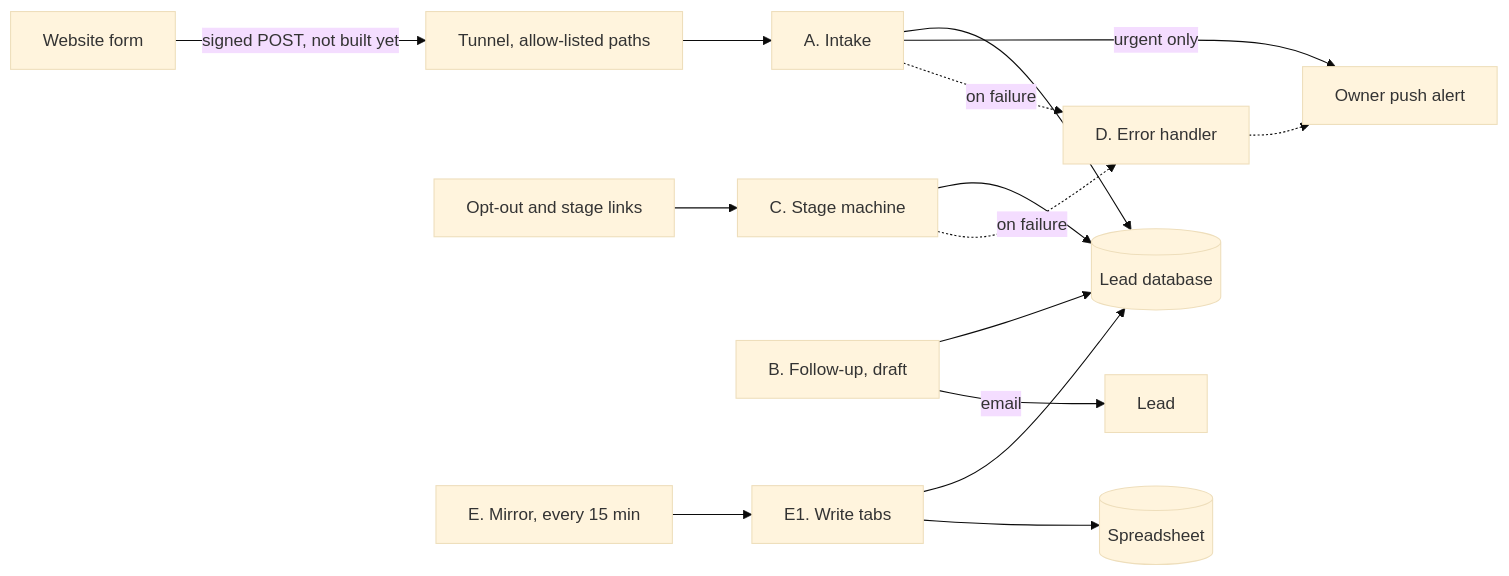
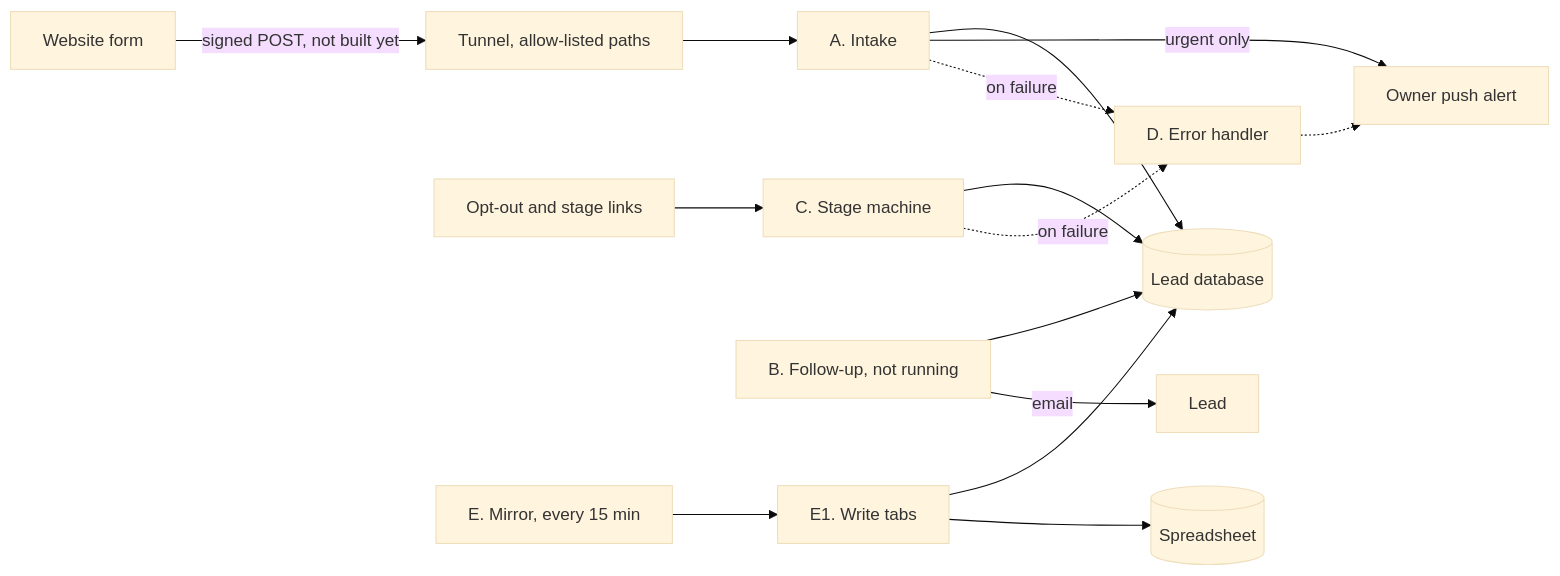
One commit to maseko-lucky-9/n8n-self-hosting changed the diagram in docs/n8n-estate-report.md. Above: the diagram before and after it, drawn with Mermaid (base theme). The commit also changed other lines of this file and 3 other files, not shown here.

````diff
--- a/docs/n8n-estate-report.md
+++ b/docs/n8n-estate-report.md
@@ -79,17 +79,17 @@
 ```mermaid
 flowchart LR
   form[Website form] -->|signed POST, not built yet| edge[Tunnel, allow-listed paths]
   edge --> intake[A. Intake]
   intake --> db[(Lead database)]
   intake -->|urgent only| push[Owner push alert]
   stage[C. Stage machine] --> db
   link[Opt-out and stage links] --> stage
-  followup[B. Follow-up, draft] --> db
+  followup[B. Follow-up, not running] --> db
   followup -->|email| lead[Lead]
   mirror[E. Mirror, every 15 min] --> tabs[E1. Write tabs]
   tabs --> db
   tabs --> sheet[(Spreadsheet)]
   intake -.->|on failure| errh[D. Error handler]
   stage -.->|on failure| errh
   errh -.-> push
 ```
````
